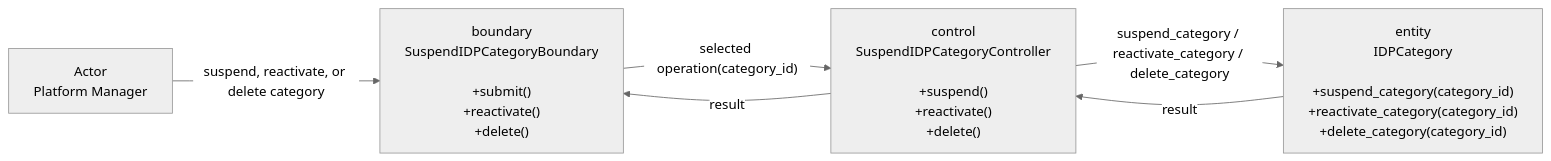
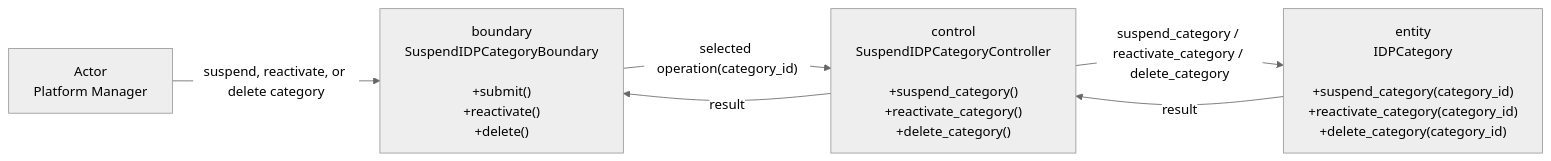
One commit to boyinapuddle/CSIT314-Chinese changed the first of 2 diagrams in diagrams/US42_Manage_IDP_Category_Status/README.md. Above: the diagram before and after it, drawn with Mermaid (neutral theme). The commit also changed 140 other files, not shown here.

````diff
--- a/diagrams/US42_Manage_IDP_Category_Status/README.md
+++ b/diagrams/US42_Manage_IDP_Category_Status/README.md
@@ -5,12 +5,12 @@
 ```mermaid
 flowchart LR
     N0["Actor<br/>Platform Manager"]
     N1["boundary<br/>SuspendIDPCategoryBoundary<br/><br/>+submit()<br/>+reactivate()<br/>+delete()"]
-    N2["control<br/>SuspendIDPCategoryController<br/><br/>+suspend()<br/>+reactivate()<br/>+delete()"]
+    N2["control<br/>SuspendIDPCategoryController<br/><br/>+suspend_category()<br/>+reactivate_category()<br/>+delete_category()"]
     N3["entity<br/>IDPCategory<br/><br/>+suspend_category(category_id)<br/>+reactivate_category(category_id)<br/>+delete_category(category_id)"]
     N0 -->|"suspend, reactivate, or delete category"| N1
     N1 -->|"selected operation(category_id)"| N2
     N2 -->|"suspend_category / reactivate_category / delete_category"| N3
     N3 -->|"result"| N2
     N2 -->|"result"| N1
 ```
````
